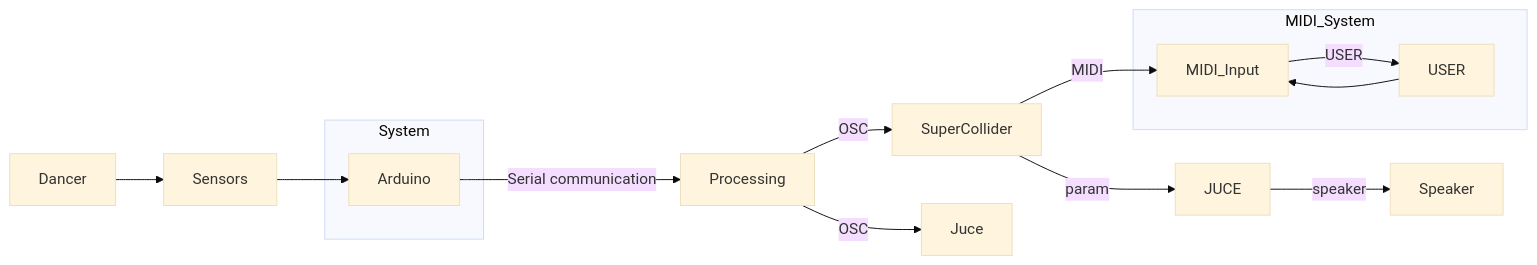
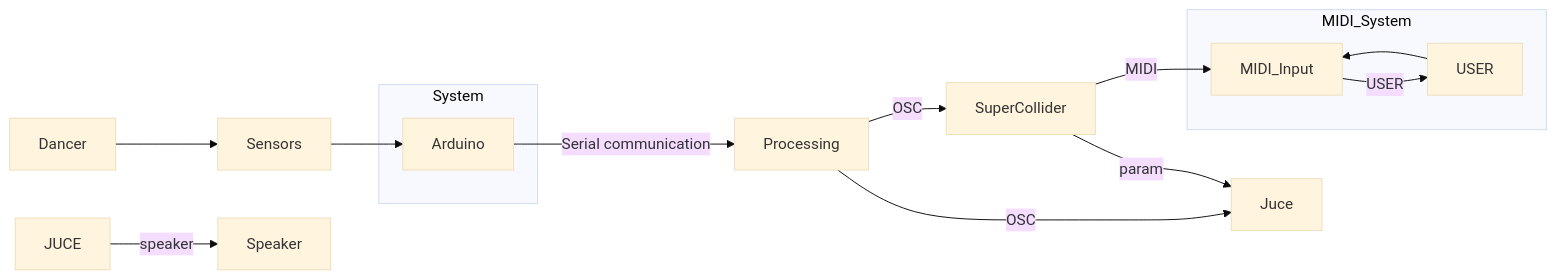
Before and after one commit to GiulianoDiLorenzo/Jacob-SuperCollier: the first of 2 diagrams in README.md, drawn with Mermaid (base theme).

````diff
--- a/README.md
+++ b/README.md
@@ -6,23 +6,23 @@
 ```mermaid
 graph LR
     Dancer --> Sensors
     Sensors -->Arduino
     Arduino -->|Serial communication| Processing
     
     Processing -->|OSC| SuperCollider
     Processing -->|OSC| Juce
 
-    SuperCollider -->|param| JUCE
+    SuperCollider -->|param| Juce
     SuperCollider -->|MIDI| MIDI_Input
     MIDI_Input -->|USER| USER
     
     JUCE -->|speaker| Speaker
 
     subgraph System
         Arduino
     end
     
     subgraph MIDI_System
         USER --> MIDI_Input
     end
 ```
````
